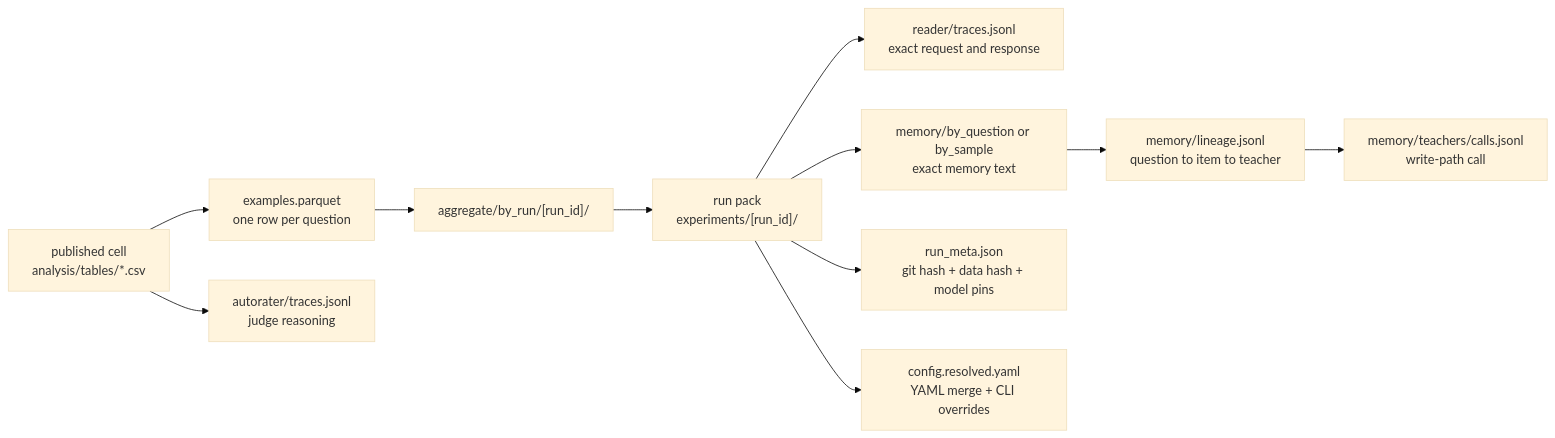
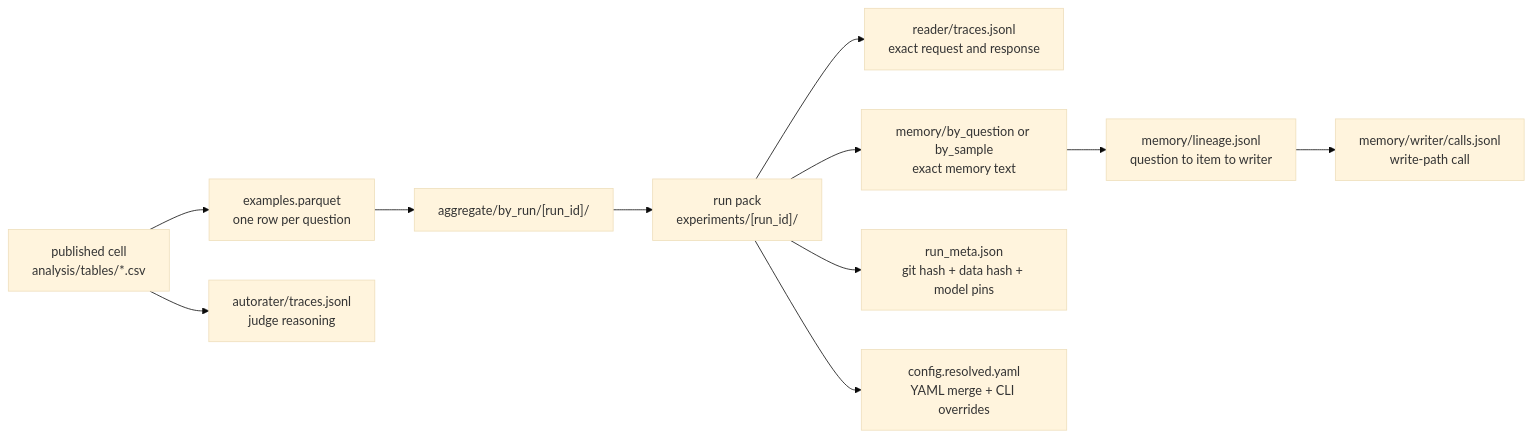
Diagram 12 of 12 in README.md (park-jsdev/long-term-memory-eval), drawn with Mermaid (base theme) before and after one commit. The commit also changed other lines of this file and 213 other files, not shown here.

````diff
--- a/README.md
+++ b/README.md
@@ -603,13 +602,13 @@
 ```mermaid
 flowchart LR
   A["published cell<br/>analysis/tables/*.csv"] --> B["examples.parquet<br/>one row per question"]
   B --> C["aggregate/by_run/[run_id]/"]
   C --> D["run pack<br/>experiments/[run_id]/"]
   D --> E["reader/traces.jsonl<br/>exact request and response"]
   D --> F["memory/by_question or by_sample<br/>exact memory text"]
-  F --> G["memory/lineage.jsonl<br/>question to item to teacher"]
-  G --> H["memory/teachers/calls.jsonl<br/>write-path call"]
+  F --> G["memory/lineage.jsonl<br/>question to item to writer"]
+  G --> H["memory/writer/calls.jsonl<br/>write-path call"]
   D --> I["run_meta.json<br/>git hash + data hash + model pins"]
   D --> J["config.resolved.yaml<br/>YAML merge + CLI overrides"]
   A --> K["autorater/traces.jsonl<br/>judge reasoning"]
 ```
````
